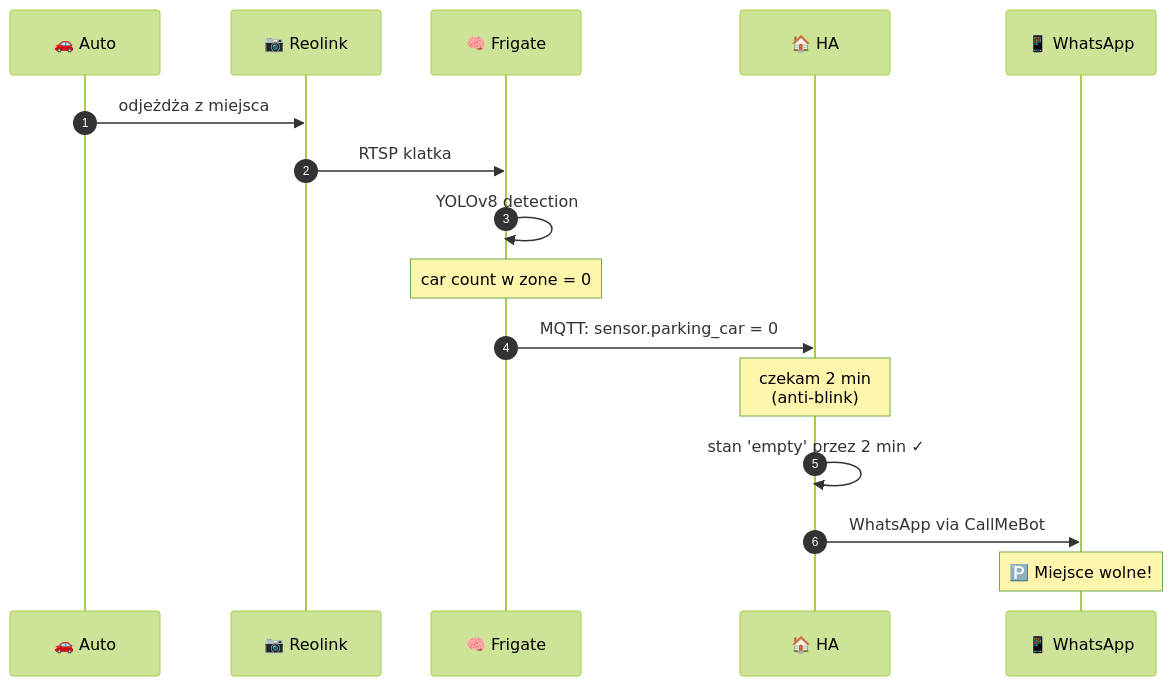
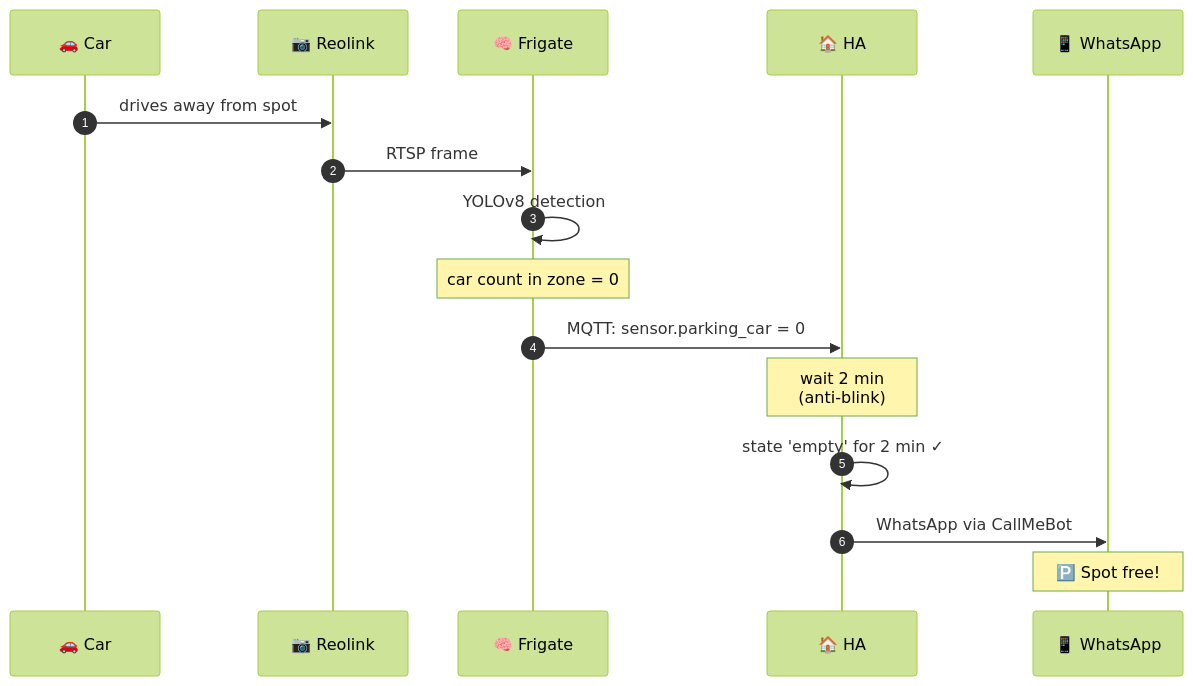
One commit to marczyn/parking-empty-alert changed the second of 3 diagrams in README.md. Above: the diagram before and after it, drawn with Mermaid (forest theme). The commit also changed other lines of this file and 10 other files, not shown here.

````diff
--- a/README.md
+++ b/README.md
@@ -48,19 +48,19 @@
 ```mermaid
 sequenceDiagram
     autonumber
-    participant Car as 🚗 Auto
+    participant Car as 🚗 Car
     participant Cam as 📷 Reolink
     participant Frigate as 🧠 Frigate
     participant HA as 🏠 HA
     participant Phone as 📱 WhatsApp
 
-    Car->>Cam: odjeżdża z miejsca
-    Cam->>Frigate: RTSP klatka
+    Car->>Cam: drives away from spot
+    Cam->>Frigate: RTSP frame
     Frigate->>Frigate: YOLOv8 detection
-    Note over Frigate: car count w zone = 0
+    Note over Frigate: car count in zone = 0
     Frigate->>HA: MQTT: sensor.parking_car = 0
-    Note over HA: czekam 2 min<br/>(anti-blink)
-    HA->>HA: stan 'empty' przez 2 min ✓
+    Note over HA: wait 2 min<br/>(anti-blink)
+    HA->>HA: state 'empty' for 2 min ✓
     HA->>Phone: WhatsApp via CallMeBot
-    Note over Phone: 🅿️ Miejsce wolne!
+    Note over Phone: 🅿️ Spot free!
 ```
````
